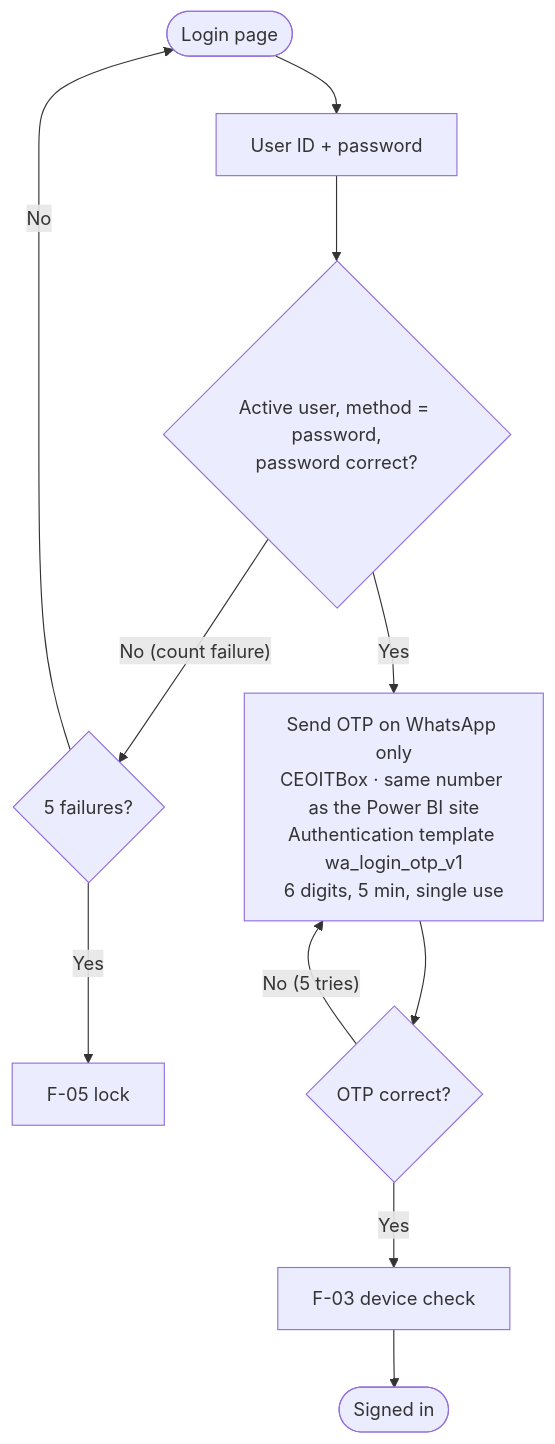
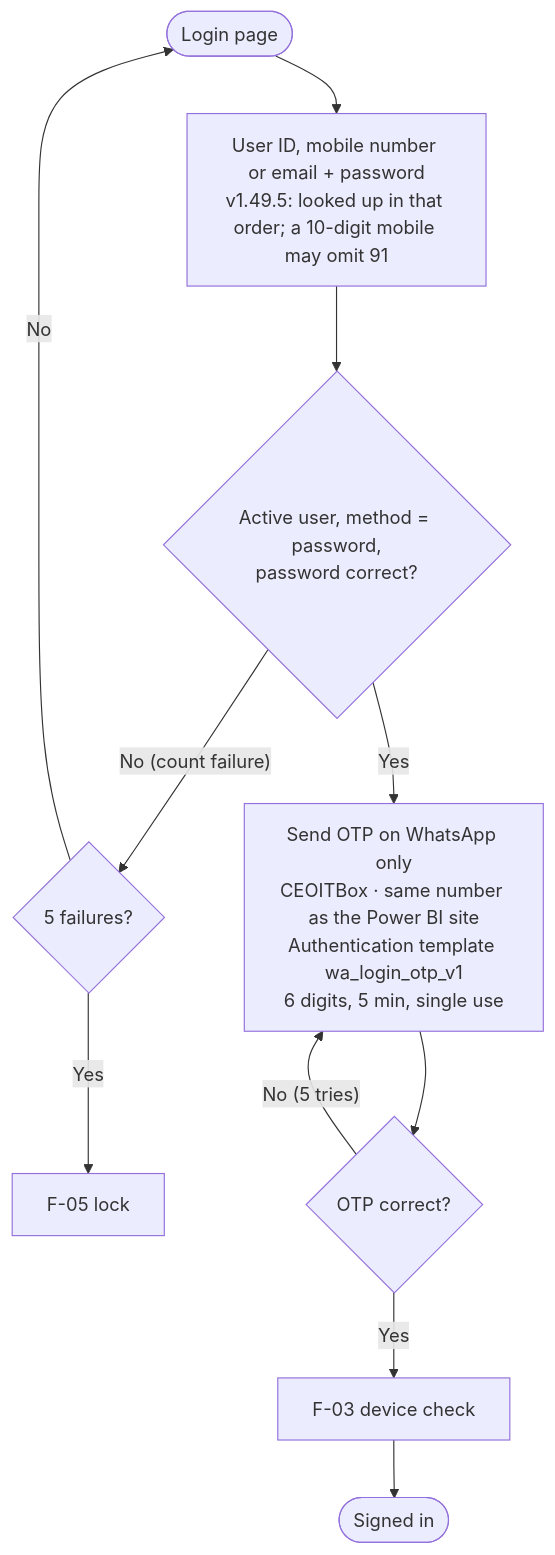
Before and after one commit to HarishDevs/ARS-Approval-System: the second of 37 diagrams in FLOWS.md, drawn with Mermaid. The commit also changed other lines of this file and 37 other files, not shown here.

First line of the commit message:
v1.49.5: My Approvals by role, a request lights its own list, Delete selected, sign in with User ID/mobile/email (D-292, D-293)

````diff
--- a/FLOWS.md
+++ b/FLOWS.md
@@ -131,13 +131,14 @@
 ```mermaid
 flowchart TD
-  A([Login page]) --> B[User ID + password]
+  A([Login page]) --> B[User ID, mobile number or email + password
+v1.49.5: looked up in that order; a 10-digit mobile may omit 91]
   B --> C{Active user, method = password,\npassword correct?}
   C -- "No (count failure)" --> L{5 failures?}
   L -- Yes --> LK[F-05 lock]
   L -- No --> A
   C -- Yes --> O[Send OTP on WhatsApp only\nCEOITBox · same number as the Power BI site\nAuthentication template wa_login_otp_v1\n6 digits, 5 min, single use]
   O --> V{OTP correct?}
   V -- "No (5 tries)" --> O
   V -- Yes --> D[F-03 device check]
   D --> S([Signed in])
 ```
````
